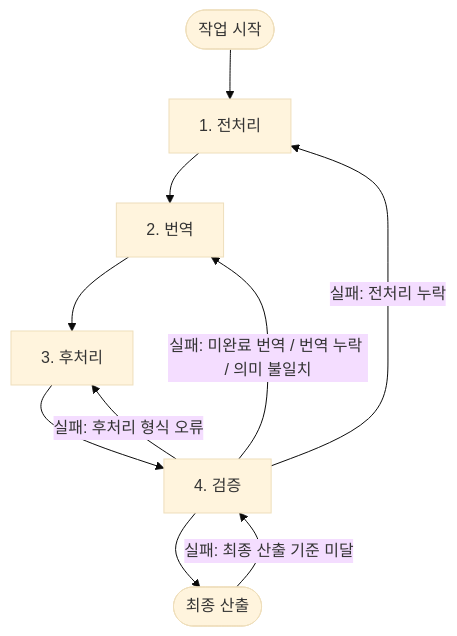
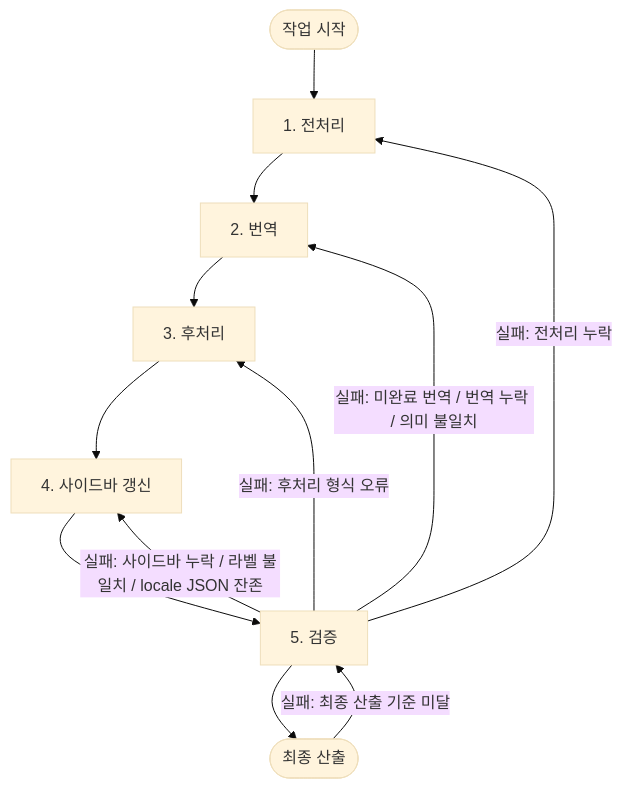
One commit to letsescape/laravel-docs changed the diagram in translation-sync/docs/00-workflow-summary.md. Above: the diagram before and after it, drawn with Mermaid (base theme). The commit also changed other lines of this file and 4 other files, not shown here.

````diff
--- a/translation-sync/docs/00-workflow-summary.md
+++ b/translation-sync/docs/00-workflow-summary.md
@@ -7,12 +7,14 @@
 ```mermaid
 flowchart TD
     A([작업 시작]) --> B[1. 전처리]
     B --> C[2. 번역]
     C --> D[3. 후처리]
-    D --> E[4. 검증]
+    D --> S[4. 사이드바 갱신]
+    S --> E[5. 검증]
     E --> F([최종 산출])
     E -- " 실패: 전처리 누락 " --> B
     E -- " 실패: 미완료 번역 / 번역 누락 / 의미 불일치 " --> C
     E -- " 실패: 후처리 형식 오류 " --> D
+    E -- " 실패: 사이드바 누락 / 라벨 불일치 / locale JSON 잔존 " --> S
     F -- " 실패: 최종 산출 기준 미달 " --> E
 ```
````
